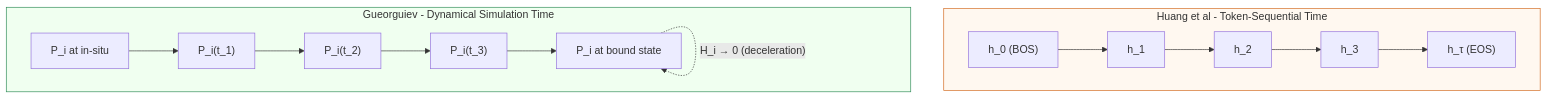
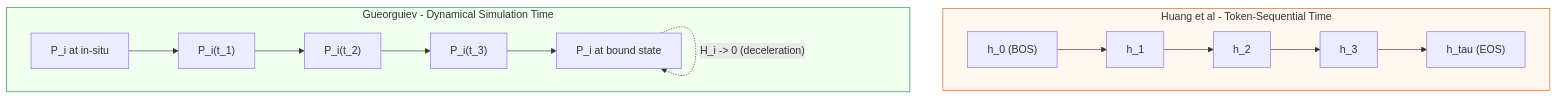
Before and after one commit to dimitarpg13/semantic_simulation: the third of 8 diagrams in docs/Hidden_States_Semantic_Tube_Geodesics_and_Semantic_Structures.md, drawn with Mermaid. The commit also changed other lines of this file and 28 other files, not shown here.

````diff
--- a/docs/Hidden_States_Semantic_Tube_Geodesics_and_Semantic_Structures.md
+++ b/docs/Hidden_States_Semantic_Tube_Geodesics_and_Semantic_Structures.md
@@ -139,15 +139,15 @@
 ```mermaid
 graph TD
     subgraph Huang [Huang et al - Token-Sequential Time]
-        H0["h_0 (BOS)"] --> H1["h_1"] --> H2["h_2"] --> H3["h_3"] --> HN["h_τ (EOS)"]
+        H0["h_0 (BOS)"] --> H1["h_1"] --> H2["h_2"] --> H3["h_3"] --> HN["h_tau (EOS)"]
     end
 
     subgraph Gueorguiev [Gueorguiev - Dynamical Simulation Time]
         G0["P_i at in-situ"] --> G1["P_i(t_1)"] --> G2["P_i(t_2)"] --> G3["P_i(t_3)"]
         G3 --> GN["P_i at bound state"]
-        GN -.->|"H_i → 0 (deceleration)"| GN
+        GN -.->|"H_i -> 0 (deceleration)"| GN
     end
 
     style Huang fill:#fff8f0,stroke:#d2691e
     style Gueorguiev fill:#f0fff0,stroke:#2e8b57
 ```
````
